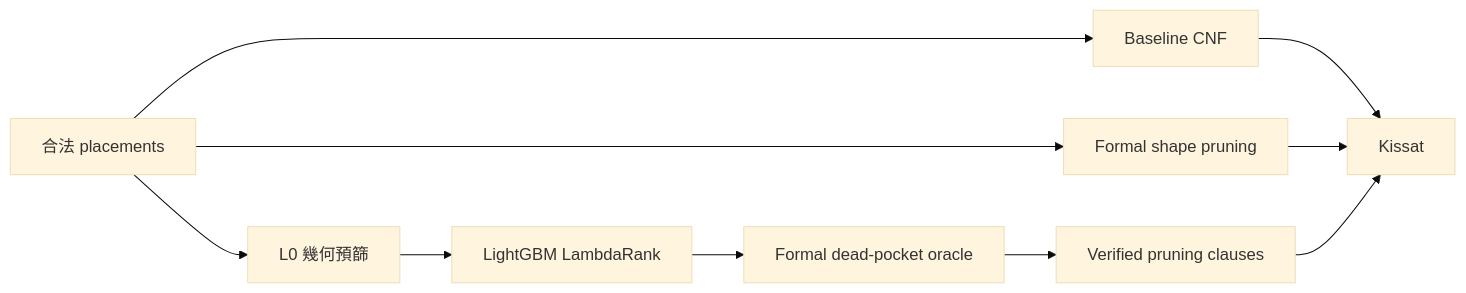
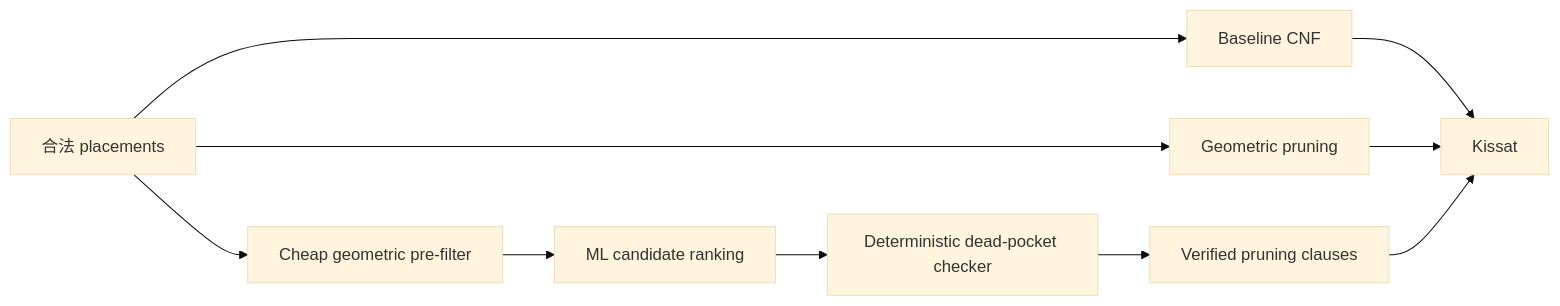
One commit to Michaelwu128/new_puzzle_2026 changed the diagram in README.md. Above: the diagram before and after it, drawn with Mermaid (base theme). The commit also changed other lines of this file, not shown here.

````diff
--- a/README.md
+++ b/README.md
@@ -38,12 +64,12 @@
 ```mermaid
 flowchart LR
   placements["合法 placements"] --> baseline["Baseline CNF"]
-  placements --> formal["Formal shape pruning"]
-  placements --> l0["L0 幾何預篩"]
-  l0 --> ranker["LightGBM LambdaRank"]
-  ranker --> oracle["Formal dead-pocket oracle"]
-  oracle --> learned["Verified pruning clauses"]
+  placements --> formal["Geometric pruning"]
+  placements --> prefilter["Cheap geometric pre-filter"]
+  prefilter --> ranker["ML candidate ranking"]
+  ranker --> checker["Deterministic dead-pocket checker"]
+  checker --> verified["Verified pruning clauses"]
   baseline --> kissat["Kissat"]
   formal --> kissat
-  learned --> kissat
+  verified --> kissat
 ```
````
